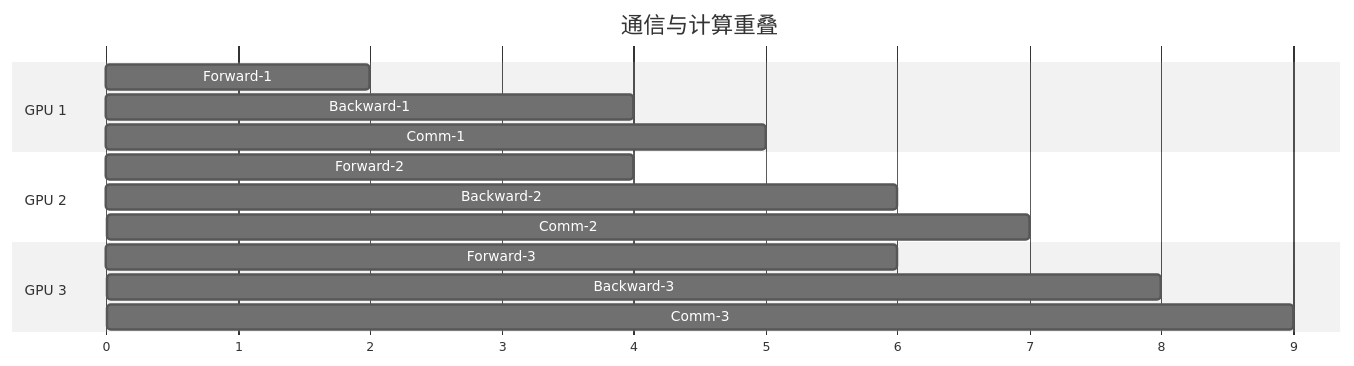
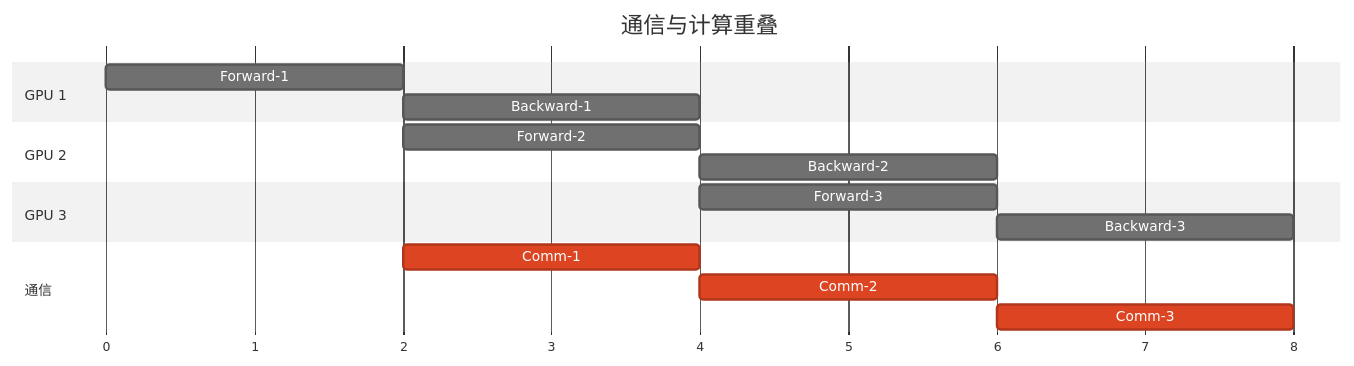
The ninth of 9 diagrams in docs/language-models/pretraining/distributed-training.md (fenixsoft/dmla), drawn with Mermaid (neutral theme) before and after one commit. The commit also changed other lines of this file and 123 other files, not shown here.

````diff
--- a/docs/language-models/pretraining/distributed-training.md
+++ b/docs/language-models/pretraining/distributed-training.md
@@ -466,21 +376,23 @@
 ```mermaid
 gantt
     title 通信与计算重叠
     dateFormat X
     axisFormat %s
-    
+
     section GPU 1
-    Forward-1 :0,2
-    Backward-1 :2,4
-    Comm-1 :3,5
-    
+    Forward-1 :fw1, 0, 2s
+    Backward-1 :bw1, after fw1, 2s
+
     section GPU 2
-    Forward-2 :2,4
-    Backward-2 :4,6
-    Comm-2 :5,7
-    
+    Forward-2 :fw2, after fw1, 2s
+    Backward-2 :bw2, after fw2, 2s
+
     section GPU 3
-    Forward-3 :4,6
-    Backward-3 :6,8
-    Comm-3 :7,9
+    Forward-3 :fw3, after fw2, 2s
+    Backward-3 :bw3, after fw3, 2s
+
+    section 通信
+    Comm-1 :crit, c1, after fw1, 2s
+    Comm-2 :crit, c2, after fw2, 2s
+    Comm-3 :crit, c3, after fw3, 2s
 ```
````
